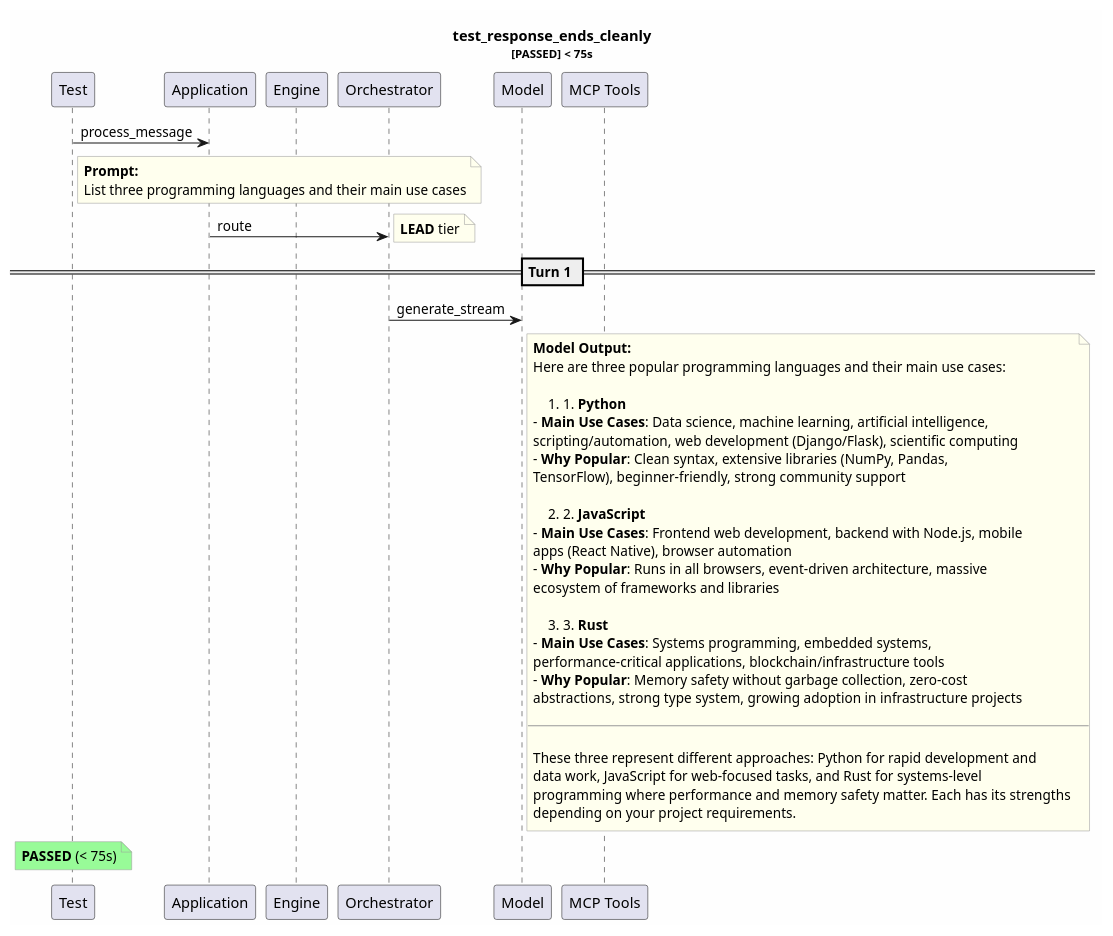
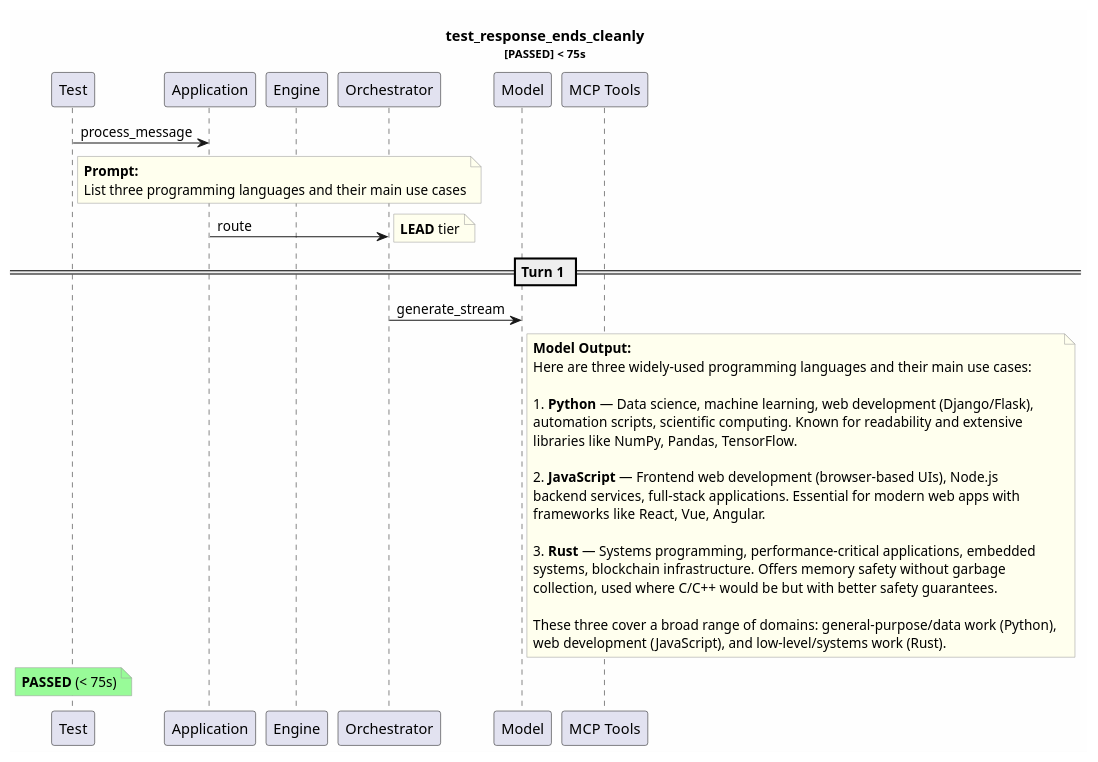
The diagram in test-reports/logs/test_response_ends_cleanly/test_response_ends_cleanly.puml (tvanfossen/entropic), drawn with PlantUML before and after one commit. The commit also changed 16 other files, not shown here.

```diff
--- a/test-reports/logs/test_response_ends_cleanly/test_response_ends_cleanly.puml
+++ b/test-reports/logs/test_response_ends_cleanly/test_response_ends_cleanly.puml
@@ -1,56 +1,46 @@
 @startuml
 skinparam backgroundColor #FEFEFE
 skinparam noteBorderColor #999999
 skinparam noteBackgroundColor #FFFFEE
 title test_response_ends_cleanly\n<size:11>[PASSED] < 75s</size>
 
 participant "Test" as T
 participant "Application" as App
 participant "Engine" as Eng
 participant "Orchestrator" as Orch
 participant "Model" as Mdl
 participant "MCP Tools" as MCP
 
 T -> App: process_message
 note right of T
   **Prompt:**
   List three programming languages and their main use cases
 end note
 App -> Orch: route
 note right: **LEAD** tier
 == Turn 1 ==
 Orch -> Mdl: generate_stream
 note right of Mdl
   **Model Output:**
-  Here are three popular programming languages and their main use cases:
+  Here are three widely-used programming languages and their main use cases:
   
-  ## 1. **Python**
-  - **Main Use Cases**: Data science, machine learning, artificial intelligence, 
-  scripting/automation, web development (Django/Flask), scientific computing
-  - **Why Popular**: Clean syntax, extensive libraries (NumPy, Pandas, 
-  TensorFlow), beginner-friendly, strong community support
+  1. **Python** — Data science, machine learning, web development (Django/Flask), 
+  automation scripts, scientific computing. Known for readability and extensive 
+  libraries like NumPy, Pandas, TensorFlow.
   
-  ## 2. **JavaScript**
-  - **Main Use Cases**: Frontend web development, backend with Node.js, mobile 
-  apps (React Native), browser automation
-  - **Why Popular**: Runs in all browsers, event-driven architecture, massive 
-  ecosystem of frameworks and libraries
+  2. **JavaScript** — Frontend web development (browser-based UIs), Node.js 
+  backend services, full-stack applications. Essential for modern web apps with 
+  frameworks like React, Vue, Angular.
   
-  ## 3. **Rust**
-  - **Main Use Cases**: Systems programming, embedded systems, 
-  performance-critical applications, blockchain/infrastructure tools
-  - **Why Popular**: Memory safety without garbage collection, zero-cost 
-  abstractions, strong type system, growing adoption in infrastructure projects
+  3. **Rust** — Systems programming, performance-critical applications, embedded 
+  systems, blockchain infrastructure. Offers memory safety without garbage 
+  collection, used where C/C++ would be but with better safety guarantees.
   
-  ---
-  
-  These three represent different approaches: Python for rapid development and 
-  data work, JavaScript for web-focused tasks, and Rust for systems-level 
-  programming where performance and memory safety matter. Each has its strengths 
-  depending on your project requirements.
+  These three cover a broad range of domains: general-purpose/data work (Python), 
+  web development (JavaScript), and low-level/systems work (Rust).
 end note
 note over T #palegreen
   **PASSED** (< 75s)
 end note
 
 @enduml
```
